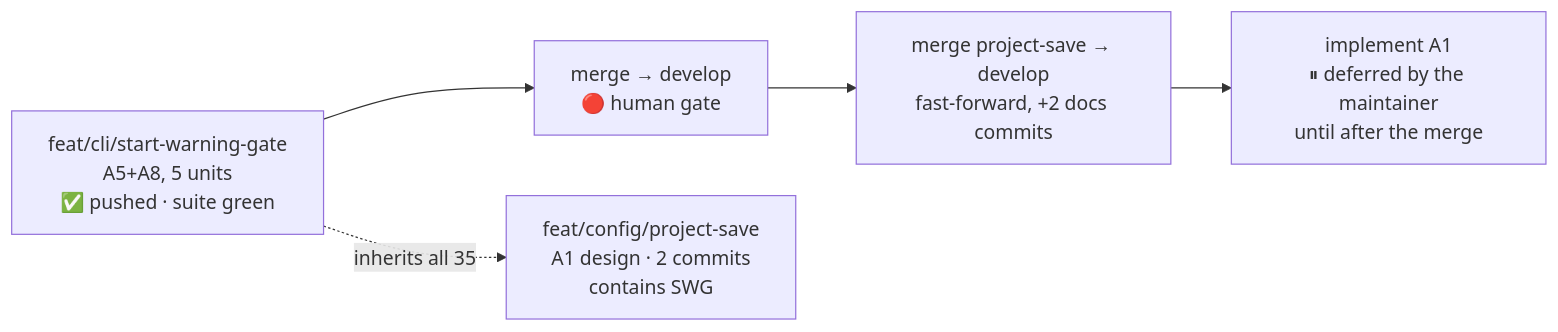
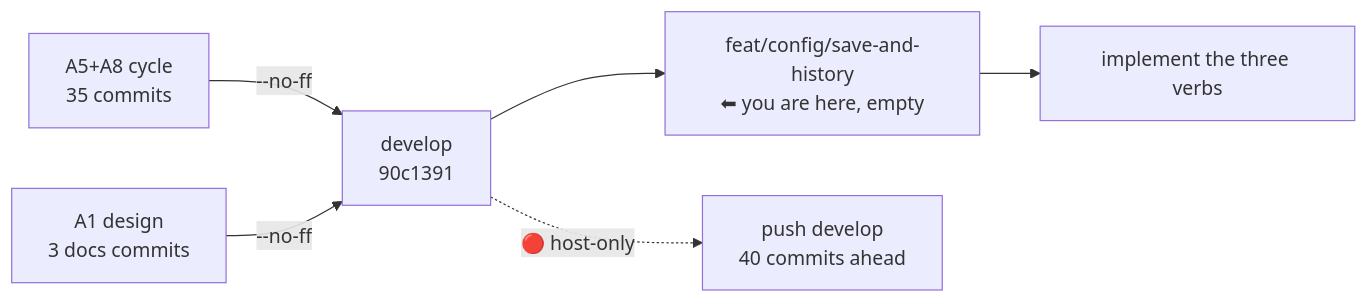
One commit to alergyonthestage/claude-orchestrator changed the diagram in docs/maintainers/handoff.md. Above: the diagram before and after it, drawn with Mermaid. The commit also changed other lines of this file and 1 other file, not shown here.

First line of the commit message:
docs(handoff): open the A1 implementation phase on a merged develop

````diff
--- a/docs/maintainers/handoff.md
+++ b/docs/maintainers/handoff.md
@@ -21,9 +23,8 @@
 ```mermaid
 flowchart LR
-    SWG["feat/cli/start-warning-gate<br/>A5+A8, 5 units<br/>✅ pushed · suite green"]
-    SWG --> M1["merge → develop<br/>🔴 human gate"]
-    PS["feat/config/project-save<br/>A1 design · 2 commits<br/>contains SWG"]
-    SWG -.->|"inherits all 35"| PS
-    M1 --> M2["merge project-save → develop<br/>fast-forward, +2 docs commits"]
-    M2 --> IMPL["implement A1<br/>⏸ deferred by the maintainer<br/>until after the merge"]
+    SWG["A5+A8 cycle<br/>35 commits"] -->|"--no-ff"| DEV["develop<br/>90c1391"]
+    PS["A1 design<br/>3 docs commits"] -->|"--no-ff"| DEV
+    DEV --> NB["feat/config/save-and-history<br/>⬅ you are here, empty"]
+    DEV -.->|"🔴 host-only"| PUSH["push develop<br/>40 commits ahead"]
+    NB --> IMPL["implement the three verbs"]
 ```
````
